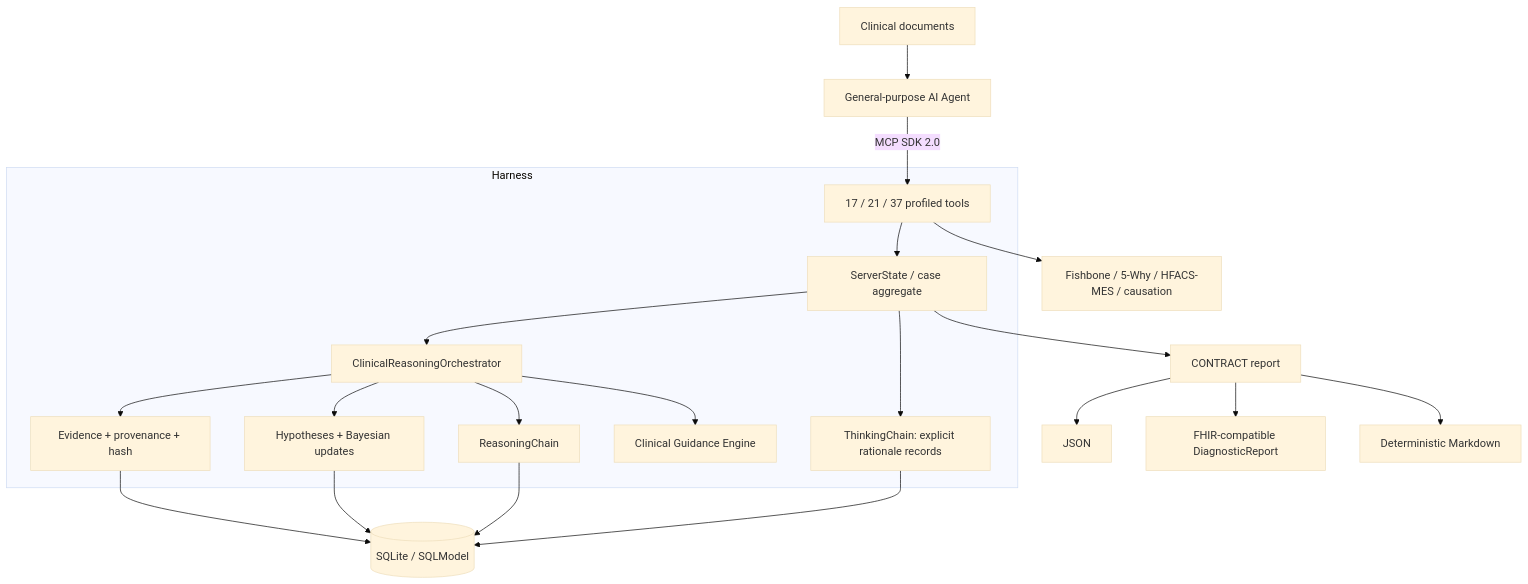
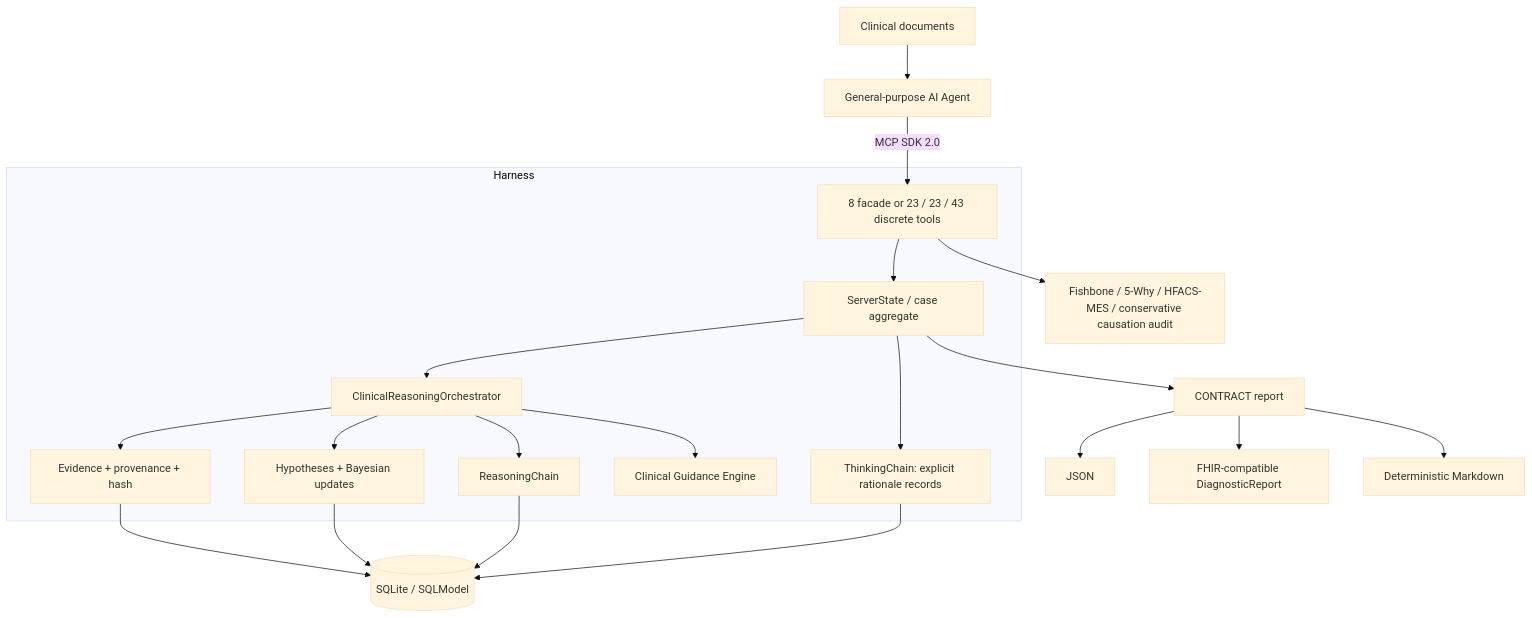
Before and after one commit to u9401066/rootcause-mcp: the diagram in README.md, drawn with Mermaid (base theme). The commit also changed other lines of this file and 21 other files, not shown here.

````diff
--- a/README.md
+++ b/README.md
@@ -101,27 +126,27 @@
 ```mermaid
 graph TB
-    A[General-purpose AI Agent] -->|MCP SDK 2.0| T[17 / 21 / 37 profiled tools]
+    A[General-purpose AI Agent] -->|MCP SDK 2.0| T[8 facade or 23 / 23 / 43 discrete tools]
     D[Clinical documents] --> A
 
     subgraph Harness
         T --> S[ServerState / case aggregate]
         S --> O[ClinicalReasoningOrchestrator]
         O --> E[Evidence + provenance + hash]
         O --> H[Hypotheses + Bayesian updates]
         O --> R[ReasoningChain]
         O --> G[Clinical Guidance Engine]
         S --> C[ThinkingChain: explicit rationale records]
     end
 
     E --> DB[(SQLite / SQLModel)]
     H --> DB
     R --> DB
     C --> DB
 
     S --> CR[CONTRACT report]
     CR --> J[JSON]
     CR --> F[FHIR-compatible DiagnosticReport]
     CR --> M[Deterministic Markdown]
 
-    T --> RCA[Fishbone / 5-Why / HFACS-MES / causation]
+    T --> RCA[Fishbone / 5-Why / HFACS-MES / conservative causation audit]
 ```
````
